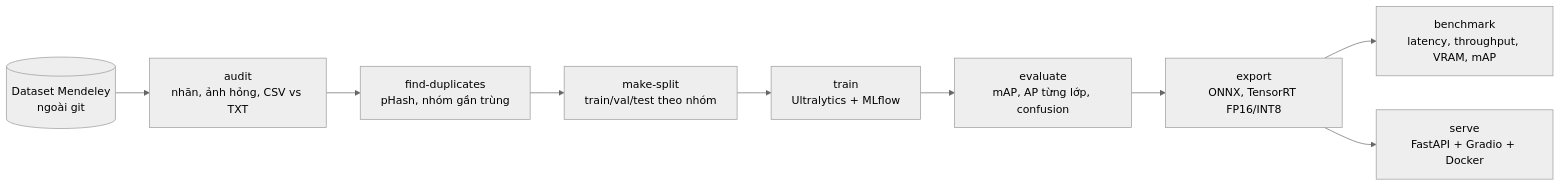
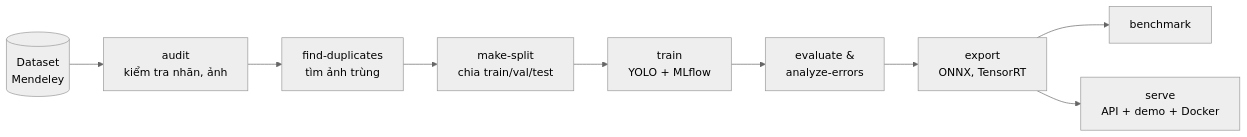
Before and after one commit to ngocluong0101/MilitaryAndCivilianVehicles: the diagram in README.md, drawn with Mermaid (neutral theme). The commit also changed other lines of this file, not shown here.

Commit message:
Rewrite README for recruiters and users and keep only roadmap ignored

````diff
--- a/README.md
+++ b/README.md
@@ -30,11 +13,11 @@
 ```mermaid
 flowchart LR
-    A[(Dataset Mendeley<br/>ngoài git)] --> B[audit<br/>nhãn, ảnh hỏng, CSV vs TXT]
-    B --> C[find-duplicates<br/>pHash, nhóm gần trùng]
-    C --> D[make-split<br/>train/val/test theo nhóm]
-    D --> E[train<br/>Ultralytics + MLflow]
-    E --> F[evaluate<br/>mAP, AP từng lớp, confusion]
-    F --> G[export<br/>ONNX, TensorRT FP16/INT8]
-    G --> H[benchmark<br/>latency, throughput, VRAM, mAP]
-    G --> I[serve<br/>FastAPI + Gradio + Docker]
+    A[(Dataset<br/>Mendeley)] --> B[audit<br/>kiểm tra nhãn, ảnh]
+    B --> C[find-duplicates<br/>tìm ảnh trùng]
+    C --> D[make-split<br/>chia train/val/test]
+    D --> E[train<br/>YOLO + MLflow]
+    E --> F[evaluate &<br/>analyze-errors]
+    F --> G[export<br/>ONNX, TensorRT]
+    G --> H[benchmark]
+    G --> I[serve<br/>API + demo + Docker]
 ```
````
